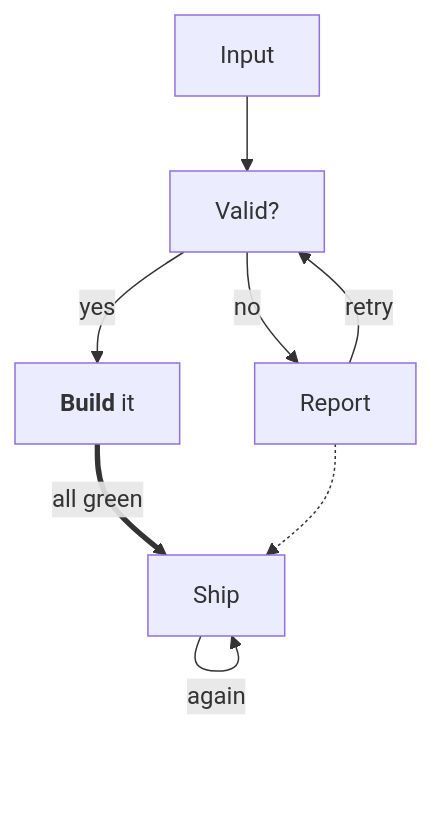
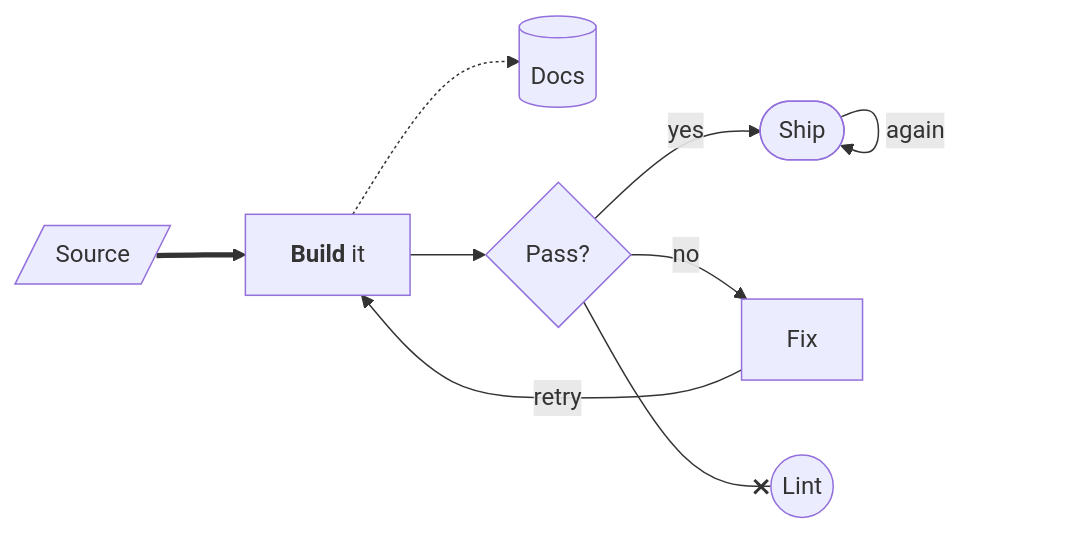
The diagram in README.md (GeertBosch/mdcat), drawn with Mermaid before and after one commit. The commit also changed other lines of this file and 1 other file, not shown here.

Commit message:
Move Mermaid docs from the README to docs/MERMAID.md

````diff
--- a/README.md
+++ b/README.md
@@ -236,10 +208,11 @@
 ```mermaid
-graph TD
-    input[Input] --> check[Valid?]
-    check -->|yes| build["`**Build** it`"]
-    check -->|no| report[Report]
-    build == all green ==> ship[Ship]
-    report -.-> ship
-    report -->|retry| check
+graph LR
+    src[/Source/] ==> build["`**Build** it`"]
+    build -.-> docs[(Docs)]
+    build --> test{Pass?}
+    test -->|yes| ship([Ship])
+    test -->|no| fix[Fix]
+    fix -->|retry| build
     ship -->|again| ship
+    test --x lint((Lint))
 ```
````
